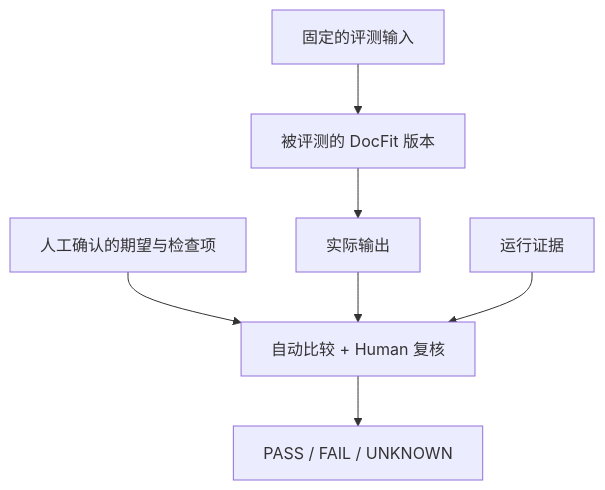
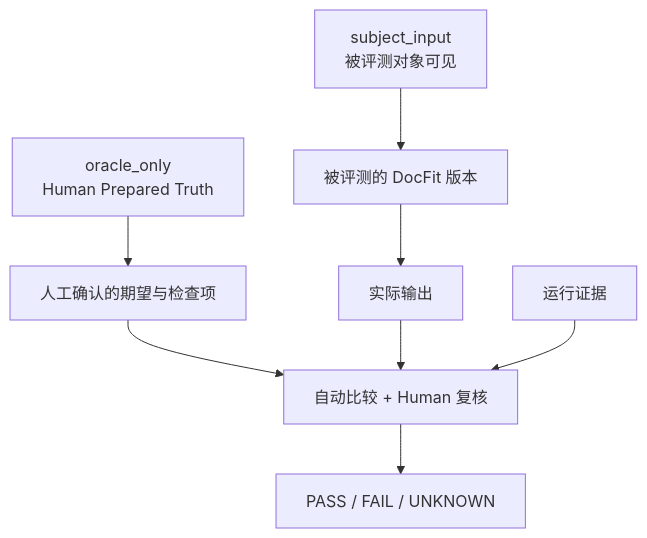
The fourth of 9 diagrams in docs/human/eval-data-system-and-pipeline-discussion.md (bamao88/0730), drawn with Mermaid before and after one commit. The commit also changed other lines of this file and 47 other files, not shown here.

````diff
--- a/docs/human/eval-data-system-and-pipeline-discussion.md
+++ b/docs/human/eval-data-system-and-pipeline-discussion.md
@@ -126,9 +626,10 @@
 ```mermaid
 flowchart TB
-    CASE["固定的评测输入"] --> PRODUCT["被评测的 DocFit 版本"]
+    CASE["subject_input<br/>被评测对象可见"] --> PRODUCT["被评测的 DocFit 版本"]
     PRODUCT --> ACTUAL["实际输出"]
-    STANDARD["人工确认的期望与检查项"] --> COMPARE["自动比较 + Human 复核"]
+    TRUTH["oracle_only<br/>Human Prepared Truth"] --> STANDARD["人工确认的期望与检查项"]
+    STANDARD --> COMPARE["自动比较 + Human 复核"]
     ACTUAL --> COMPARE
     EVIDENCE["运行证据"] --> COMPARE
     COMPARE --> RESULT["PASS / FAIL / UNKNOWN"]
 ```
````
